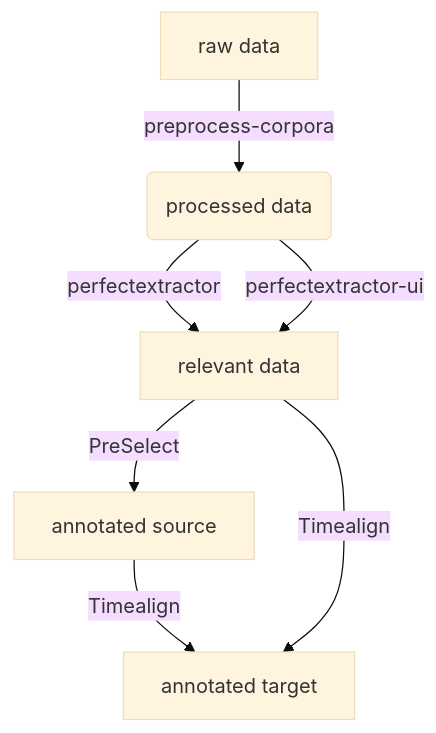
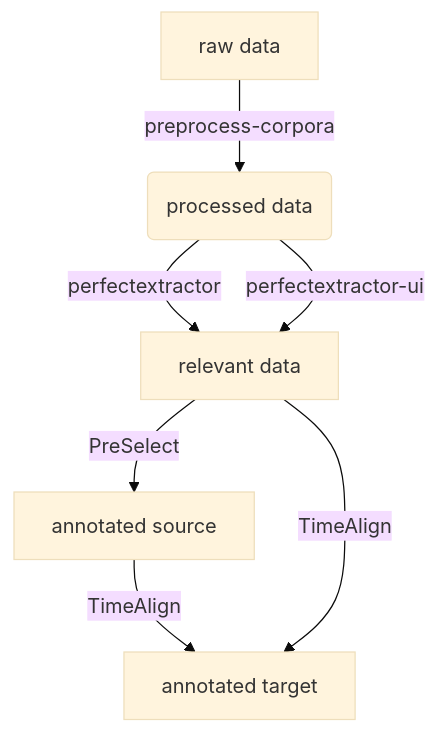
Before and after one commit to UUDigitalHumanitieslab/timealign: the diagram in doc/README.md, drawn with Mermaid (base theme). The commit also changed other lines of this file, not shown here.

````diff
--- a/doc/README.md
+++ b/doc/README.md
@@ -3,9 +3,9 @@
 ```mermaid
 flowchart TD
     A[raw data] -->|preprocess-corpora| B(processed data)
     B -->|perfectextractor| D[relevant data]
     B -->|perfectextractor-ui| D
     D -->|PreSelect| E[annotated source]
-    E -->|Timealign| F[annotated target]
-    D -->|Timealign| F
+    E -->|TimeAlign| F[annotated target]
+    D -->|TimeAlign| F
 ```
````
